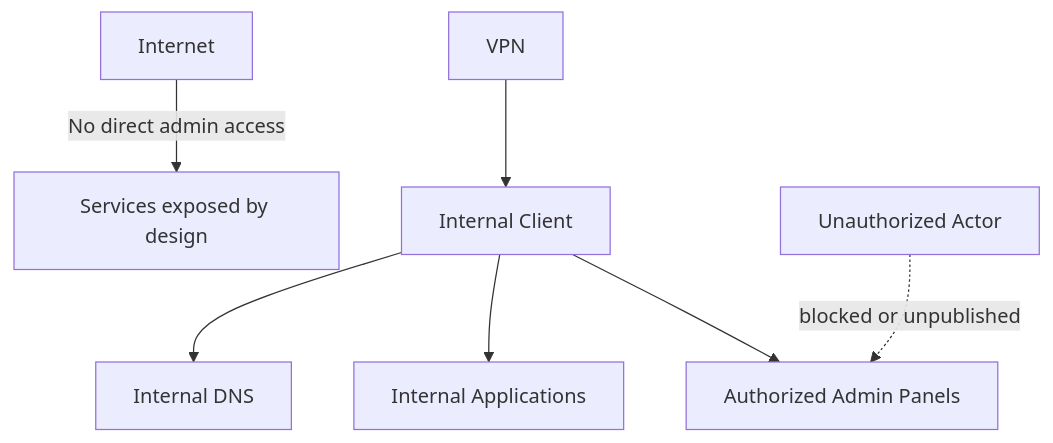
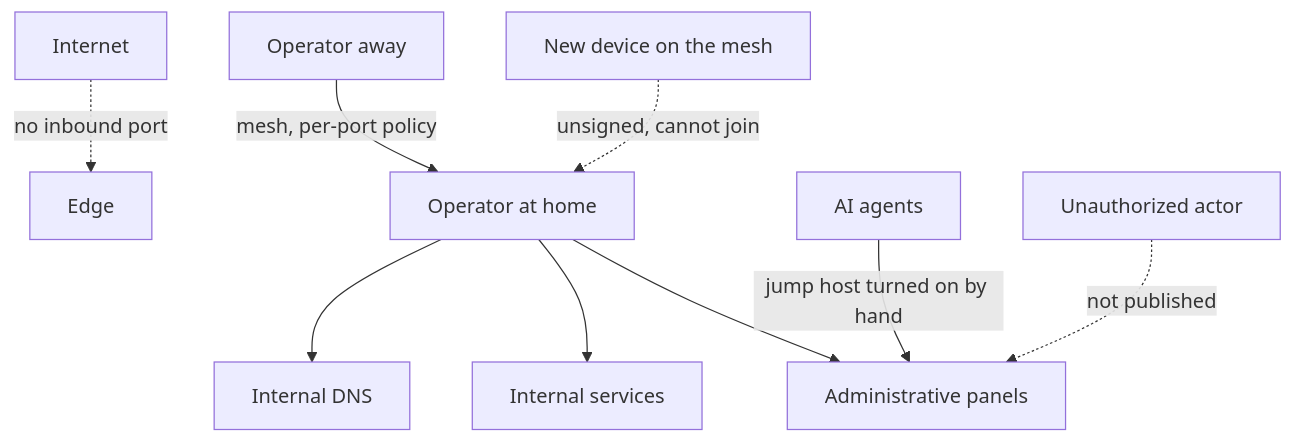
One commit to Nicolasperaltait/homelab changed the diagram in docs/en/03-security-and-access.md. Above: the diagram before and after it, drawn with Mermaid. The commit also changed other lines of this file and 16 other files, not shown here.

````diff
--- a/docs/en/03-security-and-access.md
+++ b/docs/en/03-security-and-access.md
@@ -135,9 +168,11 @@
 ```mermaid
 flowchart TD
-    A[Internet] -->|No direct admin access| B[Services exposed by design]
-    C[Internal Client] --> D[Internal DNS]
-    C --> E[Internal Applications]
-    C --> F[Authorized Admin Panels]
-    G[VPN] --> C
-    H[Unauthorized Actor] -.->|blocked or unpublished| F
+    A[Internet] -.->|no inbound port| B[Edge]
+    C[Operator at home] --> D[Internal DNS]
+    C --> E[Internal services]
+    C --> F[Administrative panels]
+    M[Operator away] -->|mesh, per-port policy| C
+    J[AI agents] -->|jump host turned on by hand| F
+    H[Unauthorized actor] -.->|not published| F
+    N[New device on the mesh] -.->|unsigned, cannot join| C
 ```
````
